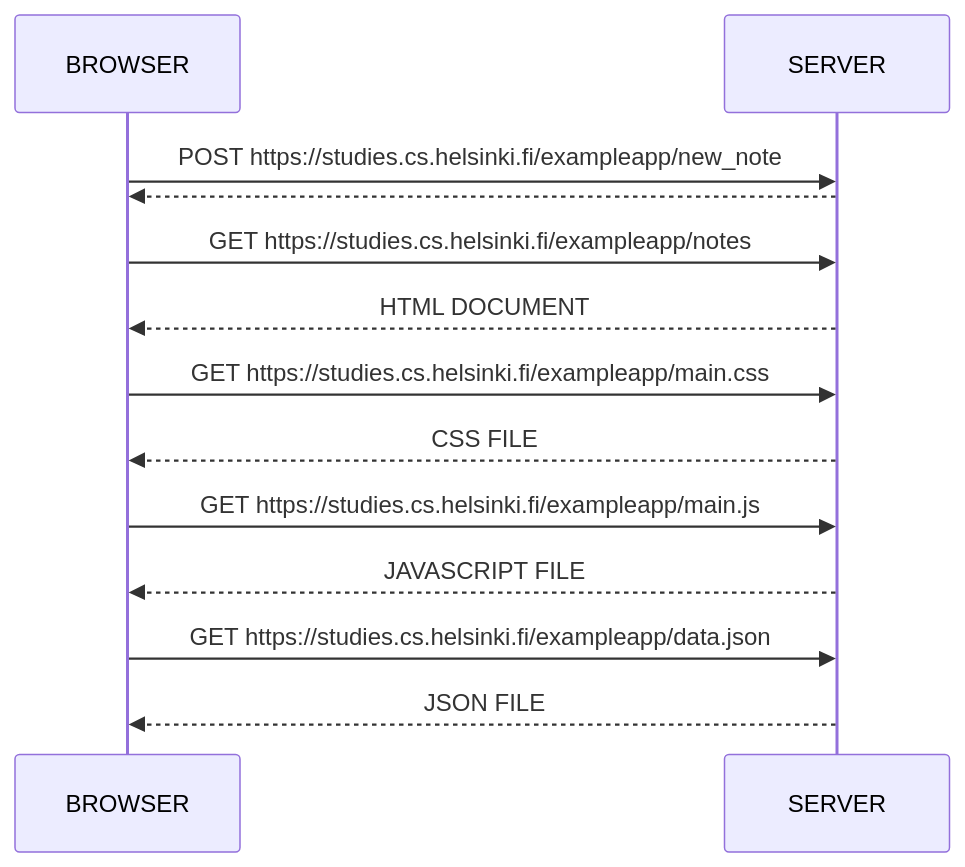
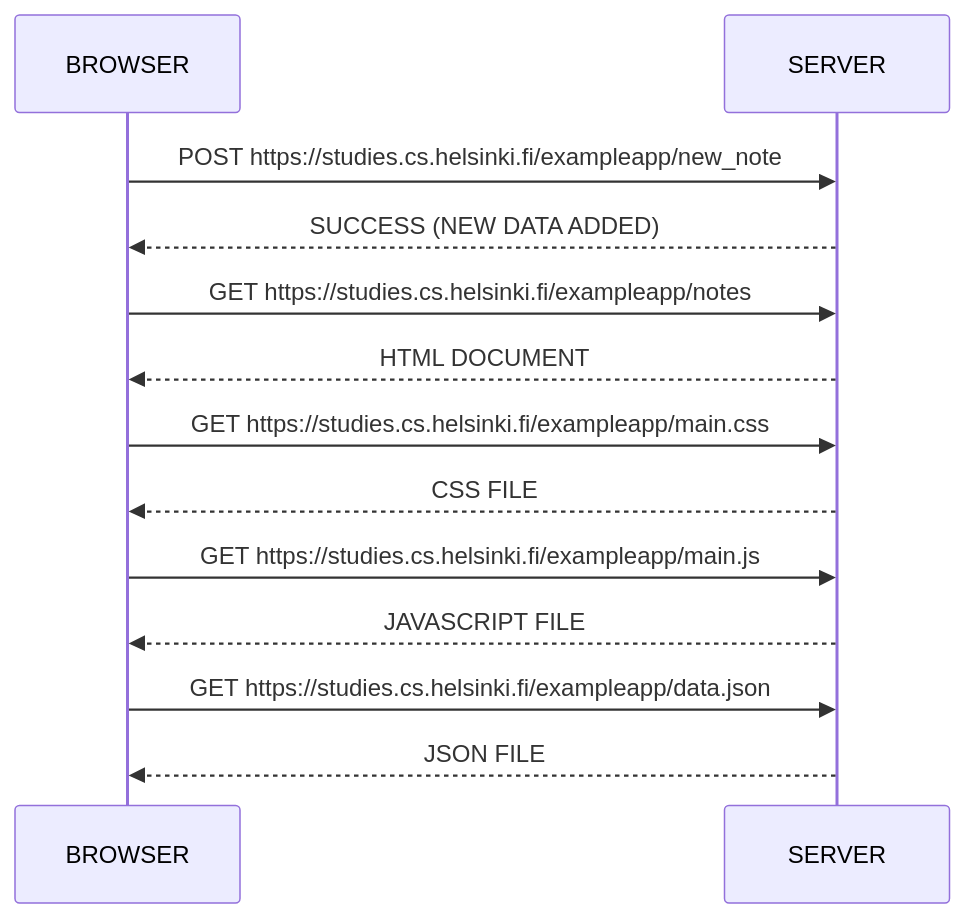
One commit to tanelimanninen/PORTFOLIO changed the diagram in FULLSTACK/part0/E0.4.md. Above: the diagram before and after it, drawn with Mermaid.

````diff
--- a/FULLSTACK/part0/E0.4.md
+++ b/FULLSTACK/part0/E0.4.md
@@ -3,16 +3,16 @@
 ```mermaid
 
 sequenceDiagram
     participant BROWSER
     participant SERVER
     BROWSER->>SERVER: POST https://studies.cs.helsinki.fi/exampleapp/new_note
-    SERVER-->>BROWSER: 
+    SERVER-->>BROWSER: SUCCESS (NEW DATA ADDED)
     BROWSER->>SERVER: GET https://studies.cs.helsinki.fi/exampleapp/notes
     SERVER-->>BROWSER: HTML DOCUMENT
     BROWSER->>SERVER: GET https://studies.cs.helsinki.fi/exampleapp/main.css
     SERVER-->>BROWSER: CSS FILE
     BROWSER->>SERVER: GET https://studies.cs.helsinki.fi/exampleapp/main.js
     SERVER-->>BROWSER: JAVASCRIPT FILE
     BROWSER->>SERVER: GET https://studies.cs.helsinki.fi/exampleapp/data.json
     SERVER-->>BROWSER: JSON FILE
 ```
````
